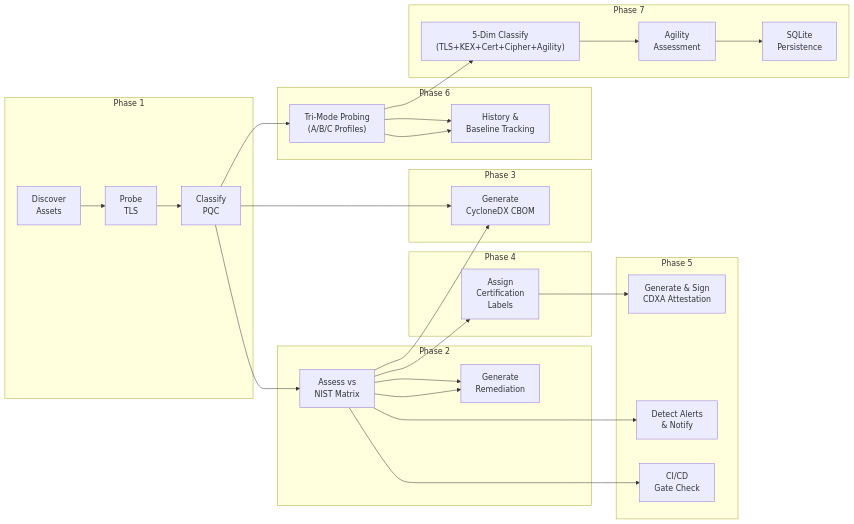
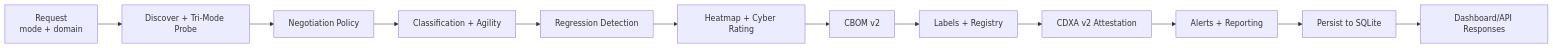
The eighth of 8 diagrams in README.md (Aniket03052006/PNB), drawn with Mermaid before and after one commit. The commit also changed other lines of this file and 15 other files, not shown here.

````diff
--- a/README.md
+++ b/README.md
@@ -899,45 +803,14 @@
 ```mermaid
 graph LR
-    subgraph "Phase 1"
-        A1["Discover<br/>Assets"] --> A2["Probe<br/>TLS"] --> A3["Classify<br/>PQC"]
-    end
-
-    subgraph "Phase 2"
-        B1["Assess vs<br/>NIST Matrix"] --> B2["Generate<br/>Remediation"]
-    end
-
-    subgraph "Phase 3"
-        C1["Generate<br/>CycloneDX CBOM"]
-    end
-
-    subgraph "Phase 4"
-        D1["Assign<br/>Certification<br/>Labels"]
-    end
-
-    subgraph "Phase 5"
-        E1["Generate & Sign<br/>CDXA Attestation"]
-        E2["Detect Alerts<br/>& Notify"]
-        E3["CI/CD<br/>Gate Check"]
-    end
-
-    subgraph "Phase 6"
-        F1["Tri-Mode Probing<br/>(A/B/C Profiles)"] --> F2["History &<br/>Baseline Tracking"]
-    end
-
-    subgraph "Phase 7"
-        G1["5-Dim Classify<br/>(TLS+KEX+Cert+Cipher+Agility)"] --> G2["Agility<br/>Assessment"]
-        G2 --> G3["SQLite<br/>Persistence"]
-    end
-
-    A3 --> B1
-    A3 --> C1
-    B1 --> B2
-    B1 --> D1
-    B1 --> C1
-    D1 --> E1
-    B1 --> E2
-    B1 --> E3
-    A3 --> F1
-    F1 --> F2
-    F1 --> G1
+    A["Request<br/>mode + domain"] --> B["Discover + Tri-Mode Probe"]
+    B --> C["Negotiation Policy"]
+    C --> D["Classification + Agility"]
+    D --> E["Regression Detection"]
+    E --> F["Heatmap + Cyber Rating"]
+    F --> G["CBOM v2"]
+    G --> H["Labels + Registry"]
+    H --> I["CDXA v2 Attestation"]
+    I --> J["Alerts + Reporting"]
+    J --> K["Persist to SQLite"]
+    K --> L["Dashboard/API Responses"]
 ```
````
